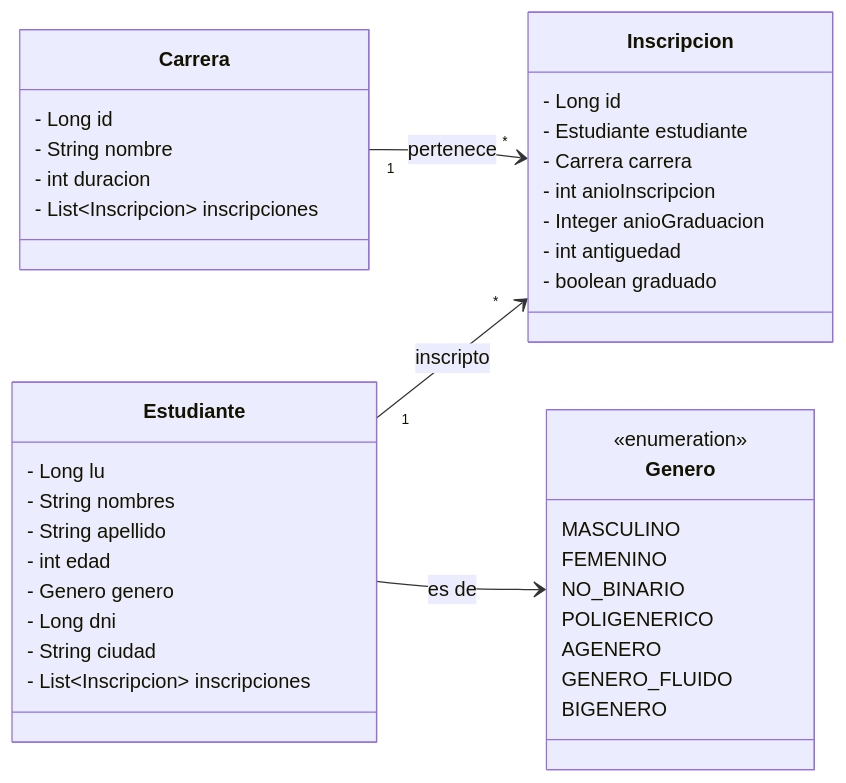
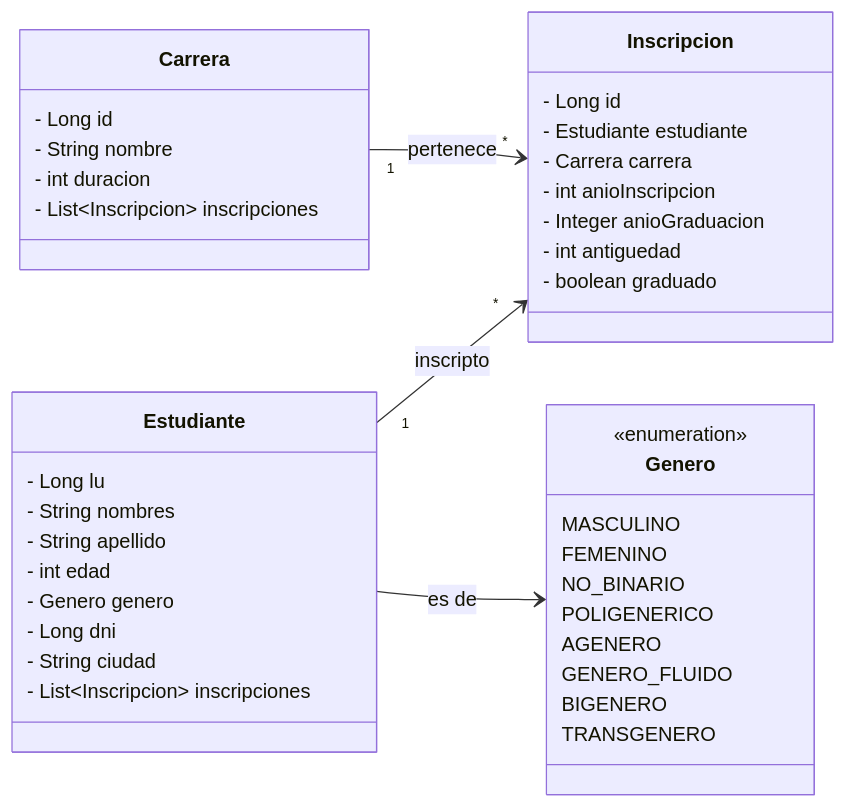
The second of 3 diagrams in 02-SPRING_REST/README.md (florAlar/arquitecturas-web), drawn with Mermaid before and after one commit. The commit also changed other lines of this file and 5 other files, not shown here.

````diff
--- a/02-SPRING_REST/README.md
+++ b/02-SPRING_REST/README.md
@@ -61,47 +61,48 @@
 ```mermaid
 classDiagram
     direction LR
 
     class Estudiante {
         - Long lu
         - String nombres
         - String apellido
         - int edad
         - Genero genero
         - Long dni
         - String ciudad
         - List~Inscripcion~ inscripciones
     }
 
     class Carrera {
         - Long id
         - String nombre
         - int duracion
         - List~Inscripcion~ inscripciones
     }
 
     class Inscripcion {
         - Long id
         - Estudiante estudiante
         - Carrera carrera
         - int anioInscripcion
         - Integer anioGraduacion
         - int antiguedad
         - boolean graduado
     }
 
     class Genero {
         <<enumeration>>
         MASCULINO
         FEMENINO
         NO_BINARIO
         POLIGENERICO
         AGENERO
         GENERO_FLUIDO
         BIGENERO
+        TRANSGENERO
     }
 
     Estudiante "1" --> "*" Inscripcion : inscripto
     Carrera "1" --> "*" Inscripcion : pertenece
     Estudiante --> Genero : es de
 ```
````
